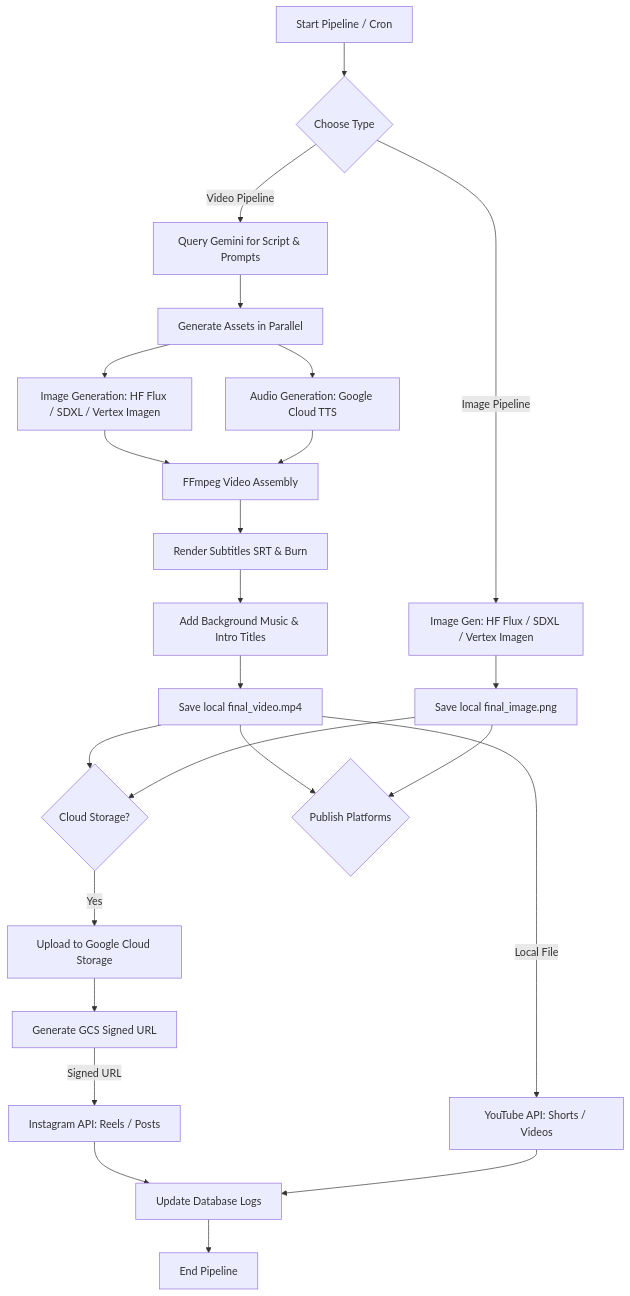
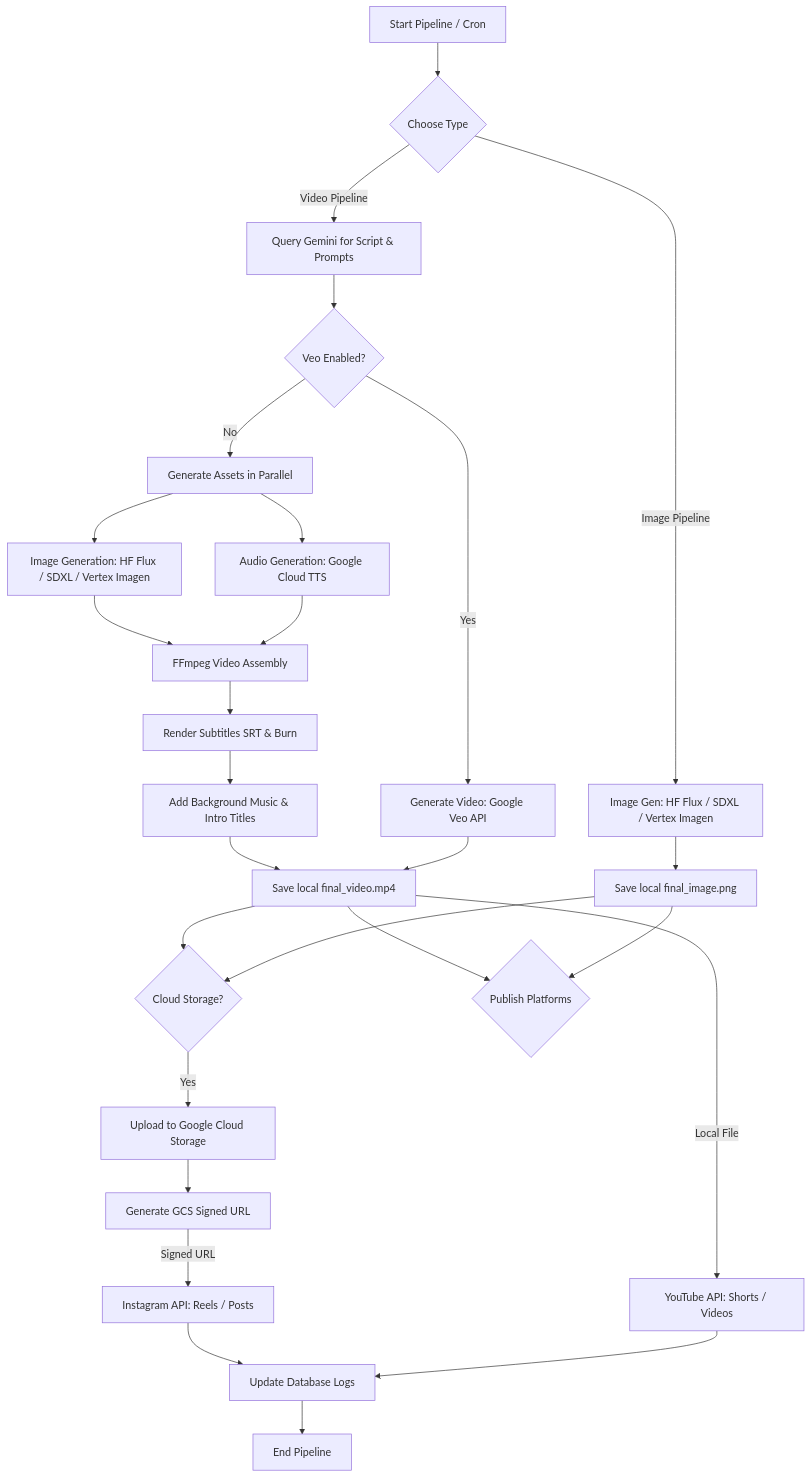
The diagram in README.md (arnavbhatiamait/Social_media_content_automation), drawn with Mermaid before and after one commit. The commit also changed other lines of this file and 4 other files, not shown here.

Commit message:
feat: add Veo video generation class and implement an automated video processing pipeline with asset management.

````diff
--- a/README.md
+++ b/README.md
@@ -44,27 +44,32 @@
 ```mermaid
 graph TD
     A[Start Pipeline / Cron] --> B{Choose Type}
     B -- Video Pipeline --> C[Query Gemini for Script & Prompts]
-    C --> D[Generate Assets in Parallel]
+    C --> VEO_CHECK{Veo Enabled?}
+    
+    VEO_CHECK -- No --> D[Generate Assets in Parallel]
     D --> E[Image Generation: HF Flux / SDXL / Vertex Imagen]
     D --> F[Audio Generation: Google Cloud TTS]
     E --> G[FFmpeg Video Assembly]
     F --> G
     G --> H[Render Subtitles SRT & Burn]
     H --> I[Add Background Music & Intro Titles]
     I --> J[Save local final_video.mp4]
+    
+    VEO_CHECK -- Yes --> VEO_GEN[Generate Video: Google Veo API]
+    VEO_GEN --> J
     
     B -- Image Pipeline --> K[Image Gen: HF Flux / SDXL / Vertex Imagen]
     K --> L[Save local final_image.png]
     
     J & L --> M{Cloud Storage?}
     M -- Yes --> N[Upload to Google Cloud Storage]
     N --> O[Generate GCS Signed URL]
     
     J & L --> P{Publish Platforms}
     O -- Signed URL --> Q[Instagram API: Reels / Posts]
     J -- Local File --> R[YouTube API: Shorts / Videos]
     
     Q & R --> S[Update Database Logs]
     S --> T[End Pipeline]
 ```
````
